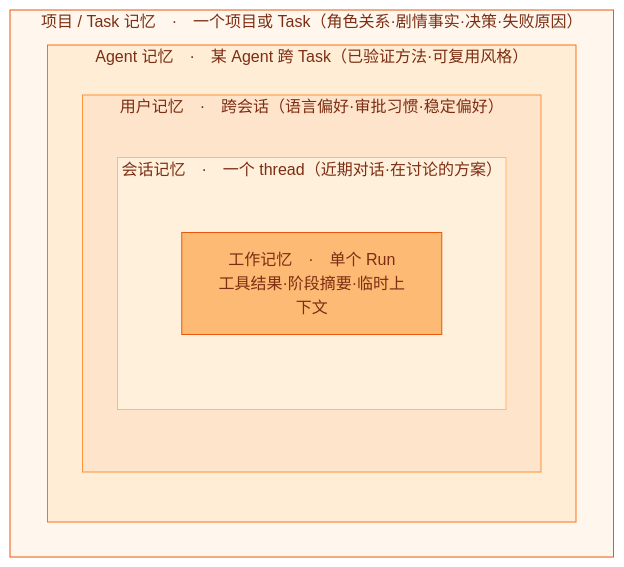
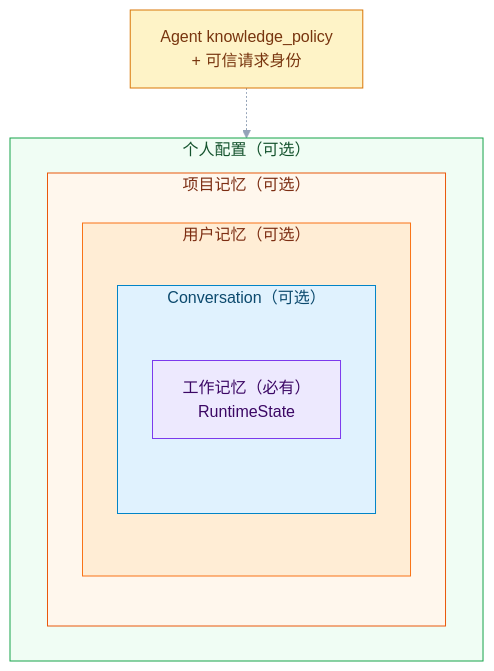
Before and after one commit to ni-shiliu/neil-control: diagram 15 of 18 in assistant/architecture/architecture.md, drawn with Mermaid. The commit also changed other lines of this file and 117 other files, not shown here.

````diff
--- a/assistant/architecture/architecture.md
+++ b/assistant/architecture/architecture.md
@@ -455,19 +528,23 @@
 ```mermaid
 %%{init: {'theme':'base','themeVariables':{'primaryTextColor':'#1E1B4B','lineColor':'#94A3B8','fontFamily':'Inter, sans-serif'}}}%%
 flowchart TB
-    subgraph P["项目 / Task 记忆　·　一个项目或 Task（角色关系·剧情事实·决策·失败原因）"]
-      subgraph A["Agent 记忆　·　某 Agent 跨 Task（已验证方法·可复用风格）"]
-        subgraph U["用户记忆　·　跨会话（语言偏好·审批习惯·稳定偏好）"]
-          subgraph T["会话记忆　·　一个 thread（近期对话·在讨论的方案）"]
-            R["工作记忆　·　单个 Run<br/>工具结果·阶段摘要·临时上下文"]:::inner
-          end
+    subgraph CONFIG["个人配置（可选）"]
+        subgraph PROJECT["项目记忆（可选）"]
+            subgraph USER["用户记忆（可选）"]
+                subgraph CONVERSATION["Conversation（可选）"]
+                    RUN["工作记忆（必有）<br/>RuntimeState"]:::run
+                end
+            end
         end
-      end
     end
 
-    classDef inner fill:#FDBA74,stroke:#EA580C,color:#7C2D12;
-    style P fill:#FFF7ED,stroke:#EA580C,color:#7C2D12;
-    style A fill:#FFEDD5,stroke:#F97316,color:#7C2D12;
-    style U fill:#FFE4CC,stroke:#FB923C,color:#7C2D12;
-    style T fill:#FFF0DC,stroke:#FDBA74,color:#7C2D12;
+    POLICY["Agent knowledge_policy<br/>+ 可信请求身份"]:::gate
+    POLICY -.-> CONFIG
+
+    classDef run fill:#EDE9FE,stroke:#7C3AED,color:#3B0764;
+    classDef gate fill:#FEF3C7,stroke:#D97706,color:#78350F;
+    style CONFIG fill:#F0FDF4,stroke:#16A34A,color:#14532D;
+    style PROJECT fill:#FFF7ED,stroke:#EA580C,color:#7C2D12;
+    style USER fill:#FFEDD5,stroke:#F97316,color:#7C2D12;
+    style CONVERSATION fill:#E0F2FE,stroke:#0284C7,color:#0C4A6E;
 ```
````
